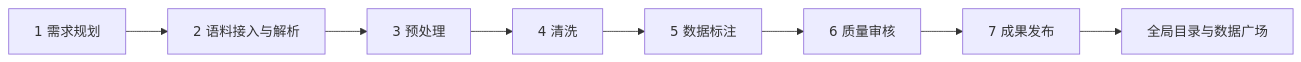
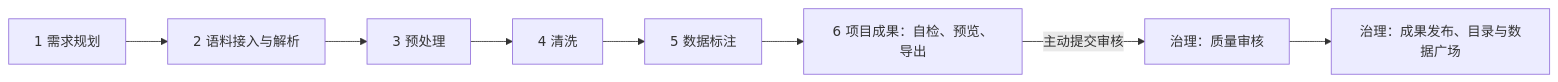
Before and after one commit to Yulinanami/research-assistant: the diagram in docs/平台调研/调研分析总结/6.老师建议对应的系统改造方案与开发计划.md, drawn with Mermaid. The commit also changed other lines of this file and 24 other files, not shown here.

````diff
--- a/docs/平台调研/调研分析总结/6.老师建议对应的系统改造方案与开发计划.md
+++ b/docs/平台调研/调研分析总结/6.老师建议对应的系统改造方案与开发计划.md
@@ -105,10 +108,10 @@
 ```mermaid
 flowchart LR
   A[1 需求规划] --> B[2 语料接入与解析]
   B --> C[3 预处理]
   C --> D[4 清洗]
   D --> E[5 数据标注]
-  E --> F[6 质量审核]
-  F --> G[7 成果发布]
-  G --> H[全局目录与数据广场]
+  E --> F[6 项目成果：自检、预览、导出]
+  F -->|主动提交审核| G[治理：质量审核]
+  G --> H[治理：成果发布、目录与数据广场]
 ```
````
